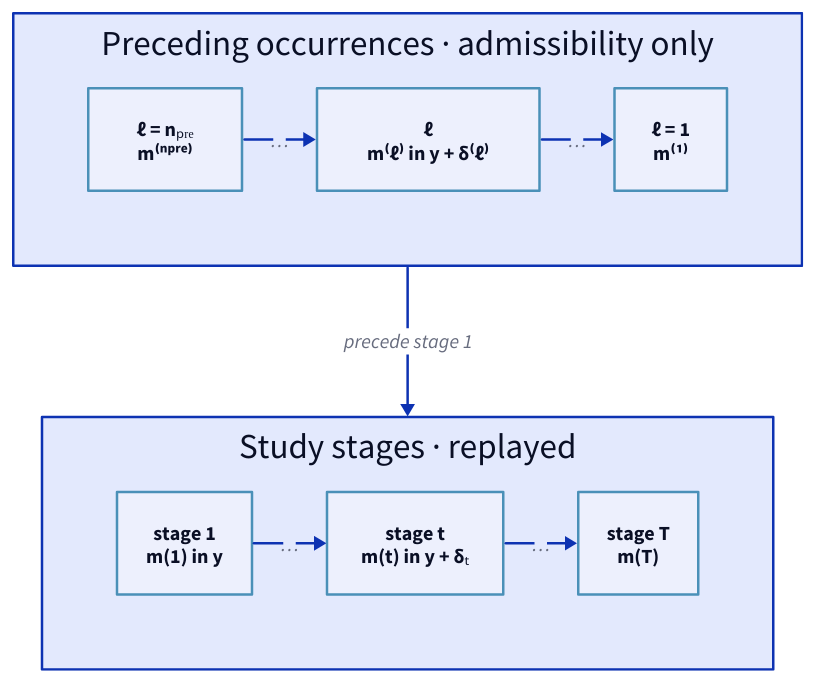
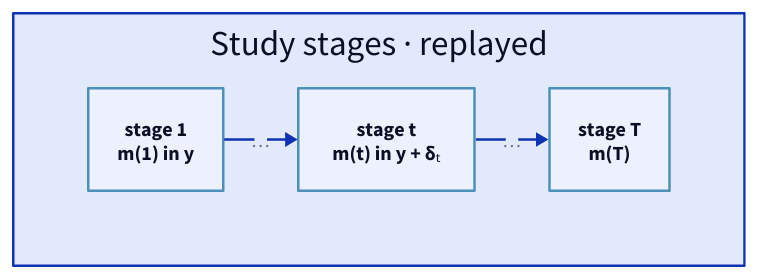
One commit to cobre-rs/cobre-docs changed the diagram in src/content/docs/math/scenario-generation.mdx. Above: the diagram before and after it, drawn with D2. The commit also changed other lines of this file and 8 other files, not shown here.

````diff
--- a/src/content/docs/math/scenario-generation.mdx
+++ b/src/content/docs/math/scenario-generation.mdx
@@ -459,33 +447,19 @@
 ```d2
 direction: down
 
 classes: {
   hydro: {style: {stroke: "#4a90b8"}}
-}
-
-pre: "Preceding occurrences · admissibility only" {
-  grid-rows: 1
-  horizontal-gap: 60
-
-  first: "ℓ = nₚᵣₑ\nm⁽ⁿᵖʳᵉ⁾" {class: hydro}
-  mid: "ℓ\nm⁽ℓ⁾ in y + δ⁽ℓ⁾" {class: hydro}
-  last: "ℓ = 1\nm⁽¹⁾" {class: hydro}
-
-  first -> mid: "…"
-  mid -> last: "…"
 }
 
 study: "Study stages · replayed" {
   grid-rows: 1
   horizontal-gap: 60
 
   first: "stage 1\nm(1) in y" {class: hydro}
   mid: "stage t\nm(t) in y + δₜ" {class: hydro}
   last: "stage T\nm(T)" {class: hydro}
 
   first -> mid: "…"
   mid -> last: "…"
 }
-
-pre -> study: "precede stage 1"
 ```
````
